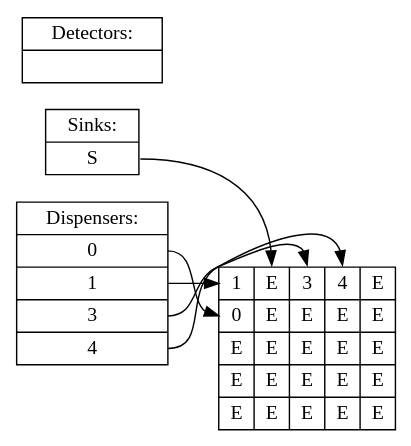
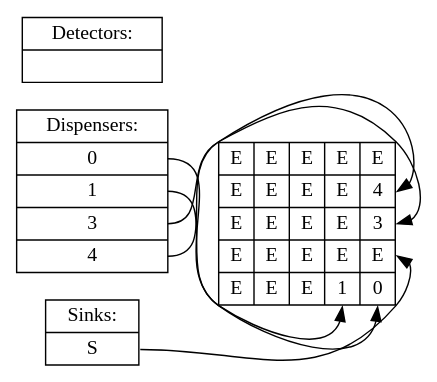
The diagram in solutions/Simple_Mix2/time1.dot (jiegec/OnePassSynthesisDMFB), drawn with Graphviz before and after one commit. The commit also changed 32 other files, not shown here.

```diff
--- a/solutions/Simple_Mix2/time1.dot
+++ b/solutions/Simple_Mix2/time1.dot
@@ -1,11 +1,11 @@
 digraph step {rankdir=LR;node [shape=record,fontname="Inconsolata"];
-dispenser [label="Dispensers:|<d18>0|<d19>1|<d2>3|<d3>4"];
-sink [label="Sinks:|<s1>S"];
+dispenser [label="Dispensers:|<d9>0|<d11>1|<d7>3|<d6>4"];
+sink [label="Sinks:|<s8>S"];
 detector [label="Detectors:|"];
-board [label="{<f00>1|<f01>E|<f02>3|<f03>4|<f04>E}|{<f10>0|<f11>E|<f12>E|<f13>E|<f14>E}|{<f20>E|<f21>E|<f22>E|<f23>E|<f24>E}|{<f30>E|<f31>E|<f32>E|<f33>E|<f34>E}|{<f40>E|<f41>E|<f42>E|<f43>E|<f44>E}"];
-dispenser:d18 -> board:f10
-dispenser:d19 -> board:f00
-dispenser:d2 -> board:f02
-dispenser:d3 -> board:f03
-sink:s1 -> board:f01
+board [label="{<f00>E|<f01>E|<f02>E|<f03>E|<f04>E}|{<f10>E|<f11>E|<f12>E|<f13>E|<f14>4}|{<f20>E|<f21>E|<f22>E|<f23>E|<f24>3}|{<f30>E|<f31>E|<f32>E|<f33>E|<f34>E}|{<f40>E|<f41>E|<f42>E|<f43>1|<f44>0}"];
+dispenser:d9 -> board:f44
+dispenser:d11 -> board:f43
+dispenser:d7 -> board:f24
+dispenser:d6 -> board:f14
+sink:s8 -> board:f34
 }
```
